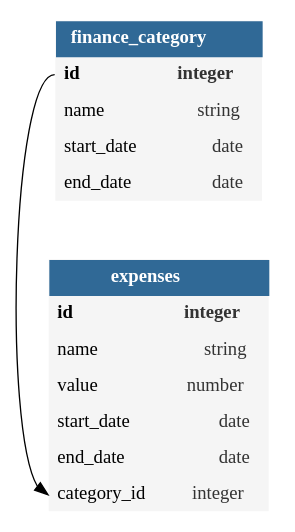
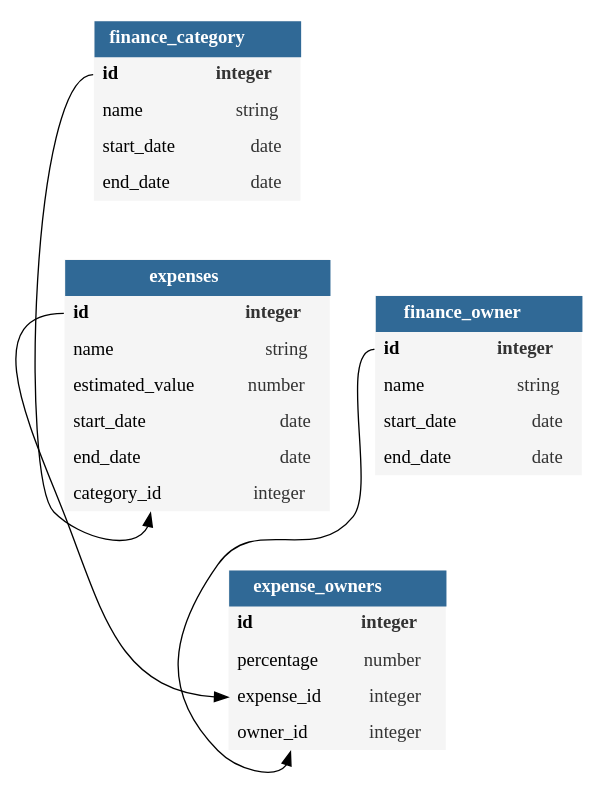
Before and after one commit to meadapt/vyon: the diagram in erd.dot, drawn with Graphviz. The commit also changed 1 other file, not shown here.

Commit message:
Update ERD after Expense Owner class creation
Fix #6

```diff
--- a/erd.dot
+++ b/erd.dot
@@ -1,5 +1,9 @@
 digraph "teste"{
-    "finance_category" [shape=plaintext,label=<<table bgcolor="#f5f5f5" border="0" cellborder="0" cellspacing="0" cellpadding="6"><tr><td colspan="2" bgcolor="#306996"><b><font color="#ffffff">finance_category</font></b></td></tr><tr><td port="idn" align="left"><b>id</b></td><td port="idt" align="right"><b><font color="#333333">integer</font></b></td></tr><tr><td port="namen" align="left">name</td><td port="namet" align="right"><font color="#333333">string</font></td></tr><tr><td port="start_daten" align="left">start_date</td><td port="start_datet" align="right"><font color="#333333">date</font></td></tr><tr><td port="end_daten" align="left">end_date</td><td port="end_datet" align="right"><font color="#333333">date</font></td></tr></table>>]
-	"expenses" [shape=plaintext,label=<<table bgcolor="#f5f5f5" border="0" cellborder="0" cellspacing="0" cellpadding="6"><tr><td colspan="2" bgcolor="#306996"><b><font color="#ffffff">expenses</font></b></td></tr><tr><td port="idn" align="left"><b>id</b></td><td port="idt" align="right"><b><font color="#333333">integer</font></b></td></tr><tr><td port="namen" align="left">name</td><td port="namet" align="right"><font color="#333333">string</font></td></tr><tr><td port="valuen" align="left">value</td><td port="valuet" align="right"><font color="#333333">number</font></td></tr><tr><td port="start_daten" align="left">start_date</td><td port="start_datet" align="right"><font color="#333333">date</font></td></tr><tr><td port="end_daten" align="left">end_date</td><td port="end_datet" align="right"><font color="#333333">date</font></td></tr><tr><td port="category_idn" align="left">category_id</td><td port="category_idt" align="right"><font color="#333333">integer</font></td></tr></table>>]
-    "finance_category":idn -> "expenses":category_idn;
+    "expense_owners" [shape=plaintext,label=<<table bgcolor="#f5f5f5" border="0" cellborder="0" cellspacing="0" cellpadding="6"><tr><td colspan="2" bgcolor="#306996"><b><font color="#ffffff">expense_owners</font></b></td></tr><tr><td port="idn" align="left"><b>id</b></td><td port="idt" align="right"><b><font color="#333333">integer</font></b></td></tr><tr><td port="percentagen" align="left">percentage</td><td port="percentaget" align="right"><font color="#333333">number</font></td></tr><tr><td port="expense_idn" align="left">expense_id</td><td port="expense_idt" align="right"><font color="#333333">integer</font></td></tr><tr><td port="owner_idn" align="left">owner_id</td><td port="owner_idt" align="right"><font color="#333333">integer</font></td></tr></table>>]
+	"finance_category" [shape=plaintext,label=<<table bgcolor="#f5f5f5" border="0" cellborder="0" cellspacing="0" cellpadding="6"><tr><td colspan="2" bgcolor="#306996"><b><font color="#ffffff">finance_category</font></b></td></tr><tr><td port="idn" align="left"><b>id</b></td><td port="idt" align="right"><b><font color="#333333">integer</font></b></td></tr><tr><td port="namen" align="left">name</td><td port="namet" align="right"><font color="#333333">string</font></td></tr><tr><td port="start_daten" align="left">start_date</td><td port="start_datet" align="right"><font color="#333333">date</font></td></tr><tr><td port="end_daten" align="left">end_date</td><td port="end_datet" align="right"><font color="#333333">date</font></td></tr></table>>]
+	"expenses" [shape=plaintext,label=<<table bgcolor="#f5f5f5" border="0" cellborder="0" cellspacing="0" cellpadding="6"><tr><td colspan="2" bgcolor="#306996"><b><font color="#ffffff">expenses</font></b></td></tr><tr><td port="idn" align="left"><b>id</b></td><td port="idt" align="right"><b><font color="#333333">integer</font></b></td></tr><tr><td port="namen" align="left">name</td><td port="namet" align="right"><font color="#333333">string</font></td></tr><tr><td port="estimated_valuen" align="left">estimated_value</td><td port="estimated_valuet" align="right"><font color="#333333">number</font></td></tr><tr><td port="start_daten" align="left">start_date</td><td port="start_datet" align="right"><font color="#333333">date</font></td></tr><tr><td port="end_daten" align="left">end_date</td><td port="end_datet" align="right"><font color="#333333">date</font></td></tr><tr><td port="category_idn" align="left">category_id</td><td port="category_idt" align="right"><font color="#333333">integer</font></td></tr></table>>]
+	"finance_owner" [shape=plaintext,label=<<table bgcolor="#f5f5f5" border="0" cellborder="0" cellspacing="0" cellpadding="6"><tr><td colspan="2" bgcolor="#306996"><b><font color="#ffffff">finance_owner</font></b></td></tr><tr><td port="idn" align="left"><b>id</b></td><td port="idt" align="right"><b><font color="#333333">integer</font></b></td></tr><tr><td port="namen" align="left">name</td><td port="namet" align="right"><font color="#333333">string</font></td></tr><tr><td port="start_daten" align="left">start_date</td><td port="start_datet" align="right"><font color="#333333">date</font></td></tr><tr><td port="end_daten" align="left">end_date</td><td port="end_datet" align="right"><font color="#333333">date</font></td></tr></table>>]
+    "finance_owner":idn -> "expense_owners":owner_idn;
+	"expenses":idn -> "expense_owners":expense_idn;
+	"finance_category":idn -> "expenses":category_idn;
 }
```
